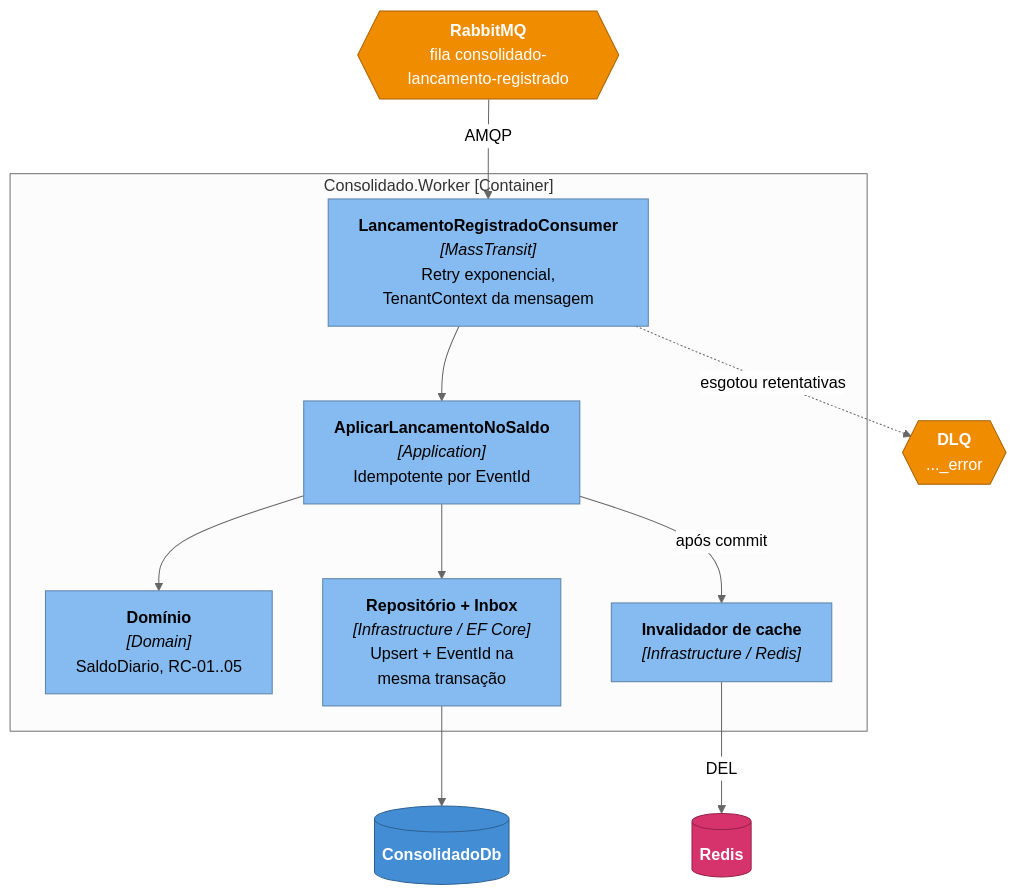
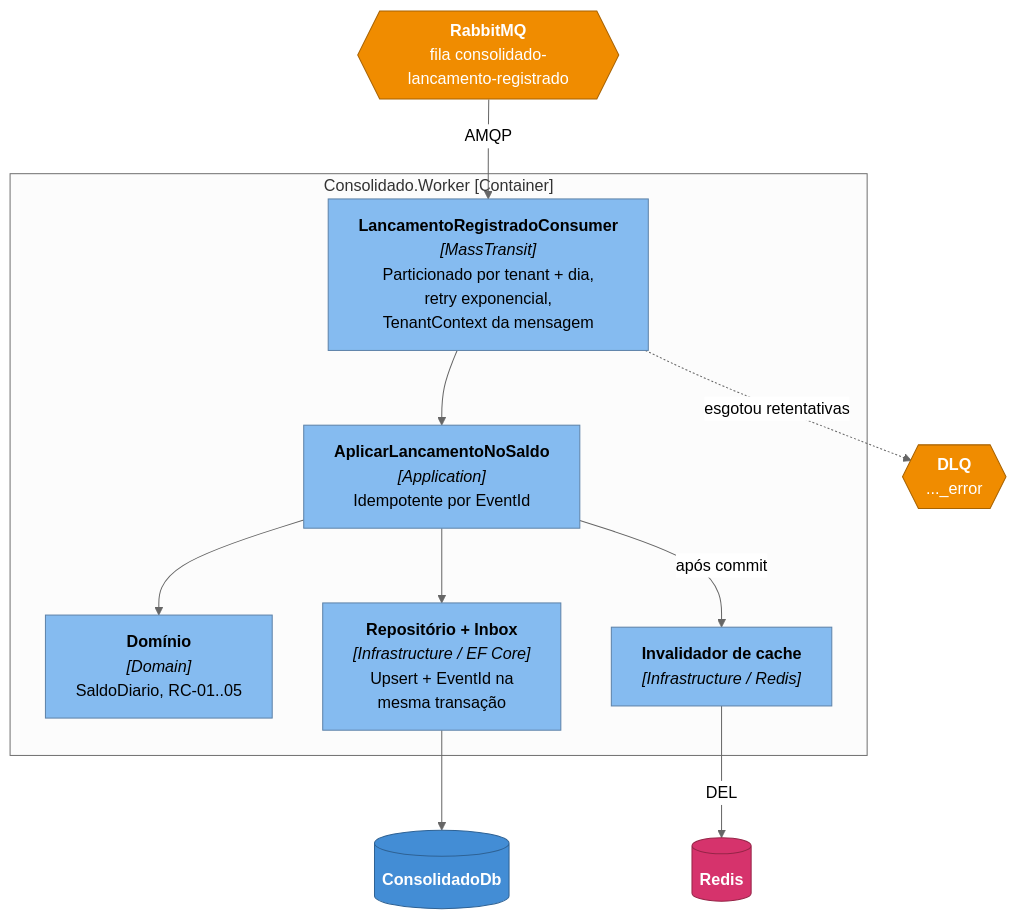
One commit to igorwaterloo/Verx-desafio20260922 changed the sixth of 6 diagrams in docs/architecture/c4-3-componentes.md. Above: the diagram before and after it, drawn with Mermaid (neutral theme). The commit also changed other lines of this file and 8 other files, not shown here.

````diff
--- a/docs/architecture/c4-3-componentes.md
+++ b/docs/architecture/c4-3-componentes.md
@@ -206,34 +206,34 @@
 ```mermaid
 flowchart TB
     broker{{"<b>RabbitMQ</b><br/>fila consolidado-lancamento-registrado"}}
     dlq{{"<b>DLQ</b><br/>..._error"}}
 
     subgraph worker["Consolidado.Worker [Container]"]
-        consumer["<b>LancamentoRegistradoConsumer</b><br/><i>[MassTransit]</i><br/>Retry exponencial,<br/>TenantContext da mensagem"]
+        consumer["<b>LancamentoRegistradoConsumer</b><br/><i>[MassTransit]</i><br/>Particionado por tenant + dia,<br/>retry exponencial,<br/>TenantContext da mensagem"]
         handler["<b>AplicarLancamentoNoSaldo</b><br/><i>[Application]</i><br/>Idempotente por EventId"]
         dom["<b>Domínio</b><br/><i>[Domain]</i><br/>SaldoDiario, RC-01..05"]
         repo["<b>Repositório + Inbox</b><br/><i>[Infrastructure / EF Core]</i><br/>Upsert + EventId na<br/>mesma transação"]
         inval["<b>Invalidador de cache</b><br/><i>[Infrastructure / Redis]</i>"]
     end
 
     cdb[("<b>ConsolidadoDb</b>")]
     redis[("<b>Redis</b>")]
 
     broker -- "AMQP" --> consumer
     consumer -. "esgotou retentativas" .-> dlq
     consumer --> handler
     handler --> dom
     handler --> repo
     handler -- "após commit" --> inval
     repo --> cdb
     inval -- "DEL" --> redis
 
     classDef comp fill:#85bbf0,stroke:#5d82a8,color:#000
     classDef ext fill:#438dd5,stroke:#2e6295,color:#fff
     classDef queue fill:#f08c00,stroke:#a86200,color:#fff
     classDef cachec fill:#d6336c,stroke:#962447,color:#fff
     class consumer,handler,dom,repo,inval comp
     class cdb ext
     class broker,dlq queue
     class redis cachec
 ```
````
